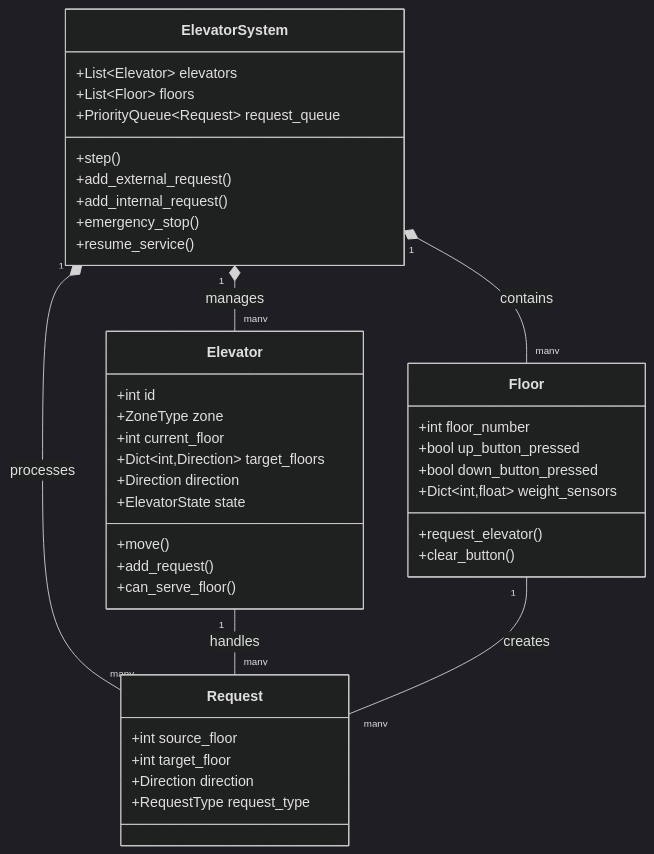
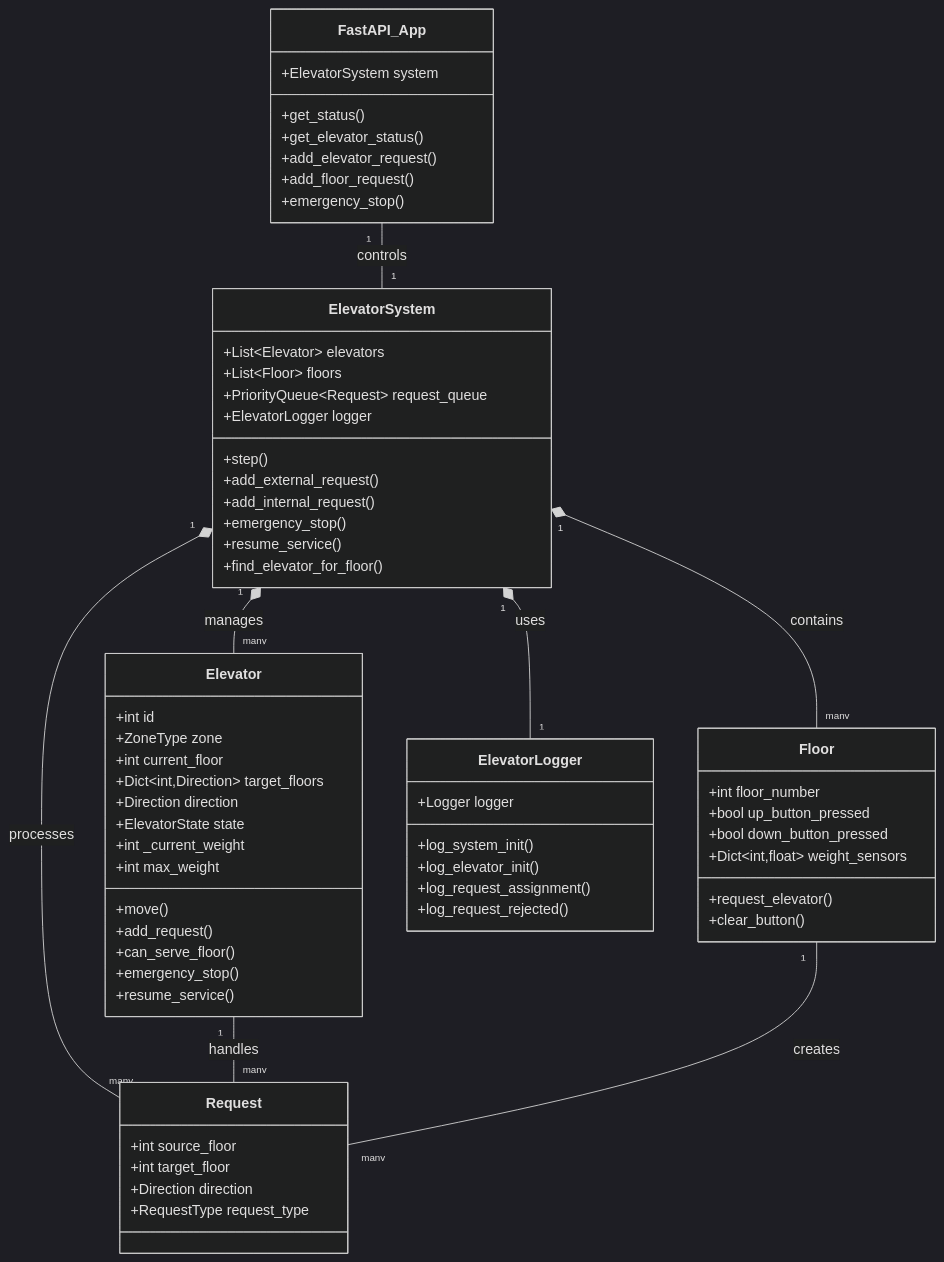
Before and after one commit to jfornear/the-elevator: the first of 5 diagrams in docs/architecture.md, drawn with Mermaid (dark theme). The commit also changed other lines of this file and 1 other file, not shown here.

````diff
--- a/docs/architecture.md
+++ b/docs/architecture.md
@@ -7,47 +7,72 @@
 ```mermaid
 classDiagram
     class ElevatorSystem {
         +List~Elevator~ elevators
         +List~Floor~ floors
         +PriorityQueue~Request~ request_queue
+        +ElevatorLogger logger
         +step()
         +add_external_request()
         +add_internal_request()
         +emergency_stop()
         +resume_service()
+        +find_elevator_for_floor()
     }
     
     class Elevator {
         +int id
         +ZoneType zone
         +int current_floor
         +Dict~int,Direction~ target_floors
         +Direction direction
         +ElevatorState state
+        +int _current_weight
+        +int max_weight
         +move()
         +add_request()
         +can_serve_floor()
+        +emergency_stop()
+        +resume_service()
     }
     
     class Floor {
         +int floor_number
         +bool up_button_pressed
         +bool down_button_pressed
         +Dict~int,float~ weight_sensors
         +request_elevator()
         +clear_button()
     }
     
     class Request {
         +int source_floor
         +int target_floor
         +Direction direction
         +RequestType request_type
     }
+
+    class ElevatorLogger {
+        +Logger logger
+        +log_system_init()
+        +log_elevator_init()
+        +log_request_assignment()
+        +log_request_rejected()
+    }
+
+    class FastAPI_App {
+        +ElevatorSystem system
+        +get_status()
+        +get_elevator_status()
+        +add_elevator_request()
+        +add_floor_request()
+        +emergency_stop()
+    }
     
     ElevatorSystem "1" *-- "many" Elevator : manages
     ElevatorSystem "1" *-- "many" Floor : contains
     ElevatorSystem "1" *-- "many" Request : processes
+    ElevatorSystem "1" *-- "1" ElevatorLogger : uses
     Elevator "1" -- "many" Request : handles
     Floor "1" -- "many" Request : creates
+    FastAPI_App "1" -- "1" ElevatorSystem : controls
 ```
````
